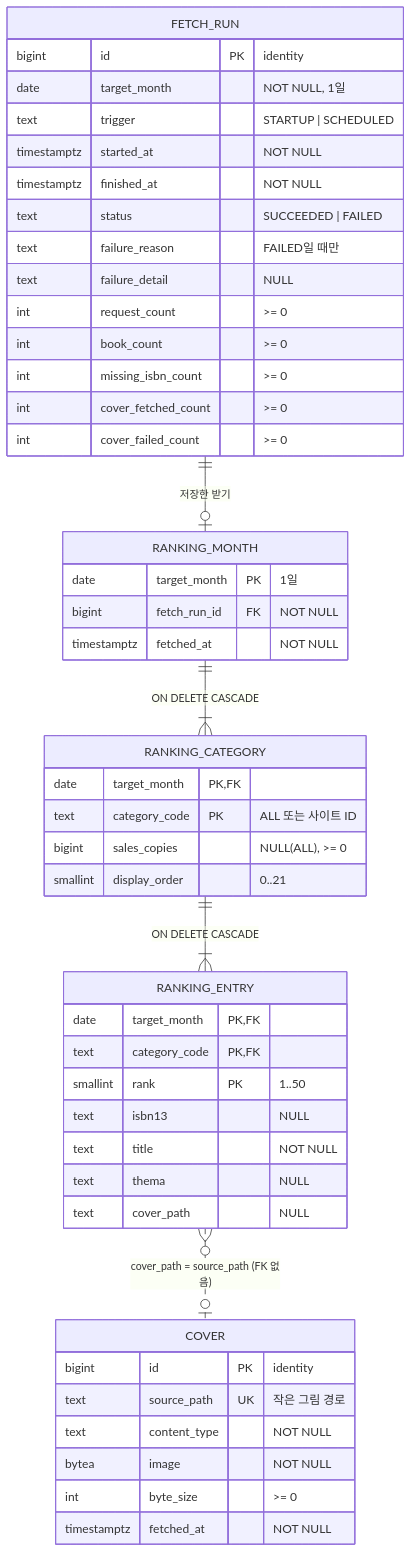
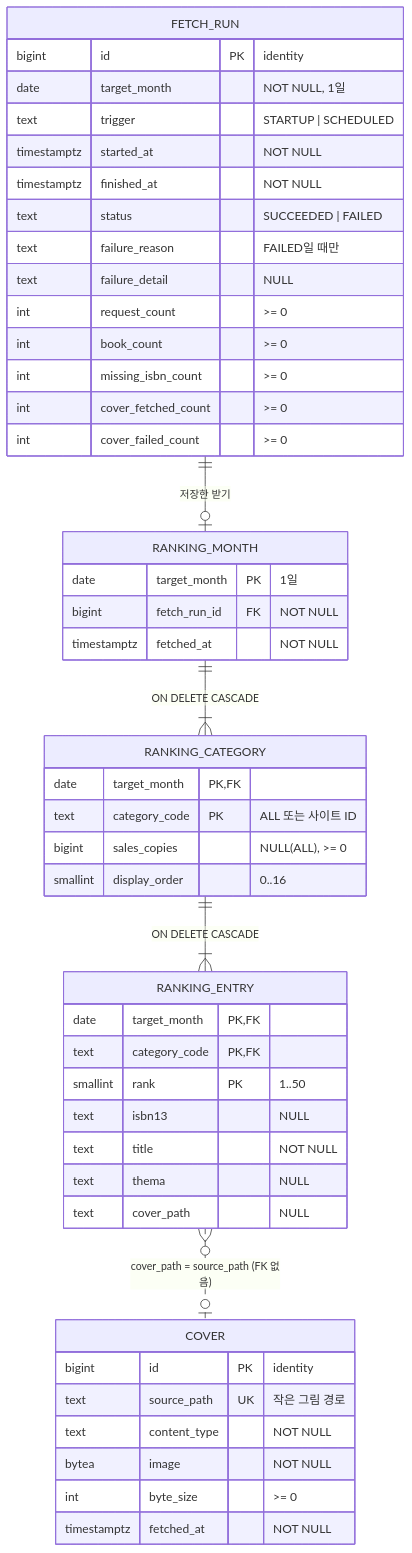
Before and after one commit to hodu-sketch/chaekcheck-plan: the seventh of 7 diagrams in docs/cycles/10-popular-books/design-delta.md, drawn with Mermaid. The commit also changed other lines of this file and 8 other files, not shown here.

````diff
--- a/docs/cycles/10-popular-books/design-delta.md
+++ b/docs/cycles/10-popular-books/design-delta.md
@@ -210,50 +212,50 @@
 ```mermaid
 erDiagram
   FETCH_RUN {
     bigint id PK "identity"
     date target_month "NOT NULL, 1일"
     text trigger "STARTUP | SCHEDULED"
     timestamptz started_at "NOT NULL"
     timestamptz finished_at "NOT NULL"
     text status "SUCCEEDED | FAILED"
     text failure_reason "FAILED일 때만"
     text failure_detail "NULL"
     int request_count ">= 0"
     int book_count ">= 0"
     int missing_isbn_count ">= 0"
     int cover_fetched_count ">= 0"
     int cover_failed_count ">= 0"
   }
   RANKING_MONTH {
     date target_month PK "1일"
     bigint fetch_run_id FK "NOT NULL"
     timestamptz fetched_at "NOT NULL"
   }
   RANKING_CATEGORY {
     date target_month PK,FK
     text category_code PK "ALL 또는 사이트 ID"
     bigint sales_copies "NULL(ALL), >= 0"
-    smallint display_order "0..21"
+    smallint display_order "0..16"
   }
   RANKING_ENTRY {
     date target_month PK,FK
     text category_code PK,FK
     smallint rank PK "1..50"
     text isbn13 "NULL"
     text title "NOT NULL"
     text thema "NULL"
     text cover_path "NULL"
   }
   COVER {
     bigint id PK "identity"
     text source_path UK "작은 그림 경로"
     text content_type "NOT NULL"
     bytea image "NOT NULL"
     int byte_size ">= 0"
     timestamptz fetched_at "NOT NULL"
   }
   FETCH_RUN ||--o| RANKING_MONTH : "저장한 받기"
   RANKING_MONTH ||--|{ RANKING_CATEGORY : "ON DELETE CASCADE"
   RANKING_CATEGORY ||--|{ RANKING_ENTRY : "ON DELETE CASCADE"
   RANKING_ENTRY }o..o| COVER : "cover_path = source_path (FK 없음)"
 ```
````
